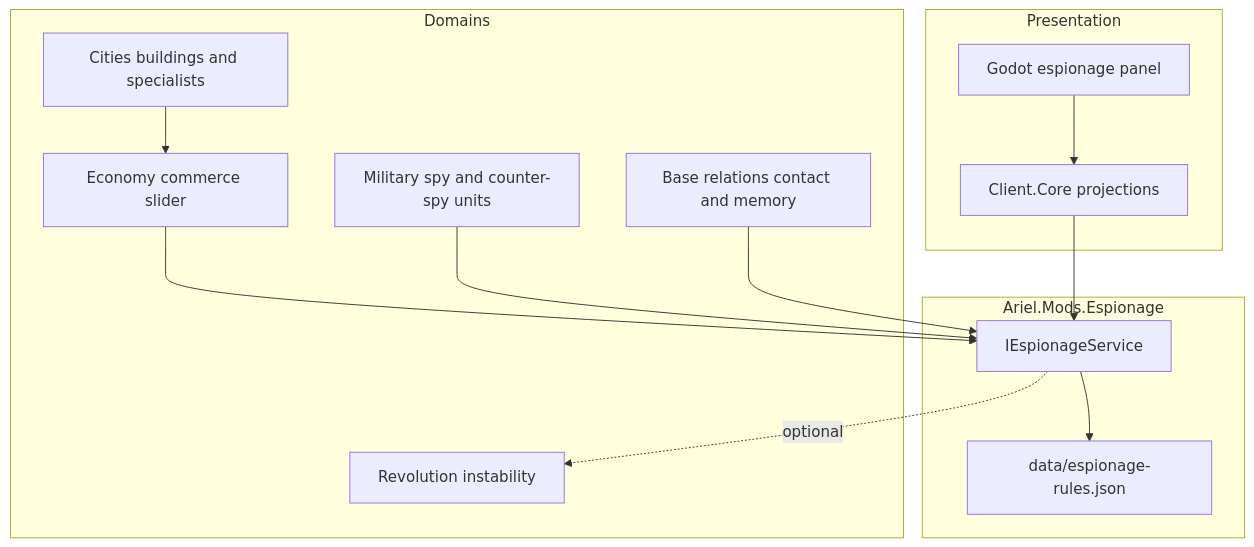
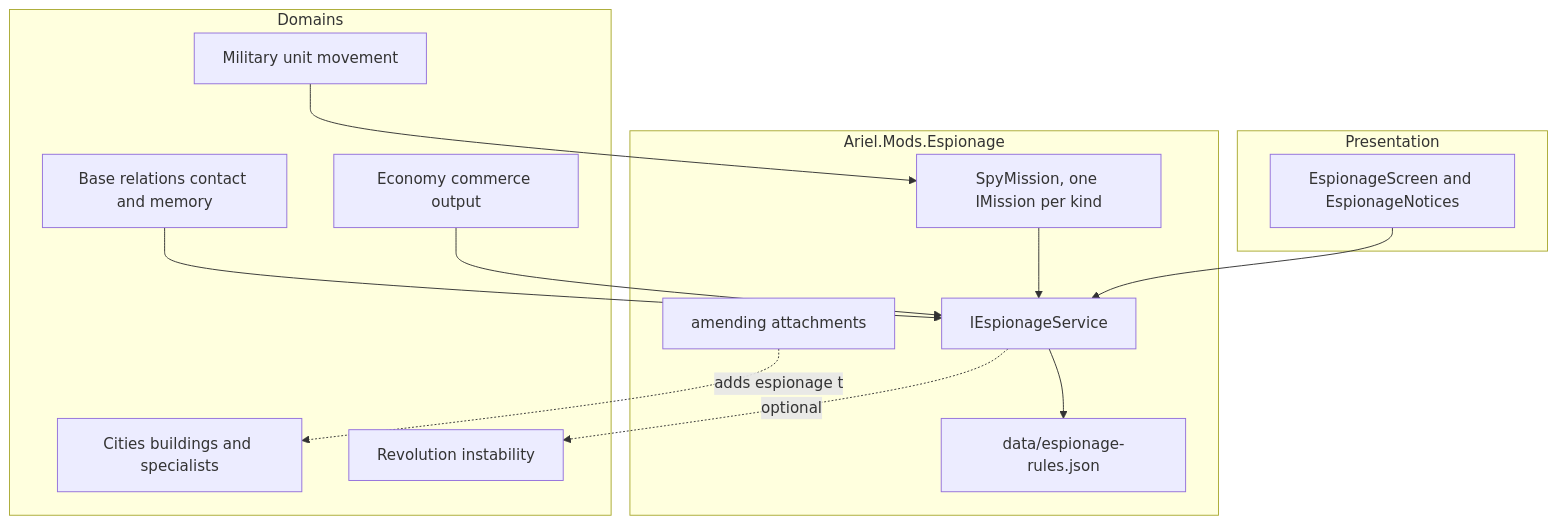
Before and after one commit to draxxris/civ: the diagram in docs/ESPIONAGE.md, drawn with Mermaid. The commit also changed other lines of this file and 25 other files, not shown here.

````diff
--- a/docs/ESPIONAGE.md
+++ b/docs/ESPIONAGE.md
@@ -8,25 +10,27 @@
 ```mermaid
 flowchart TB
     subgraph Presentation
-        UI[Godot espionage panel]
-        Client[Client.Core projections]
+        Screen[EspionageScreen and EspionageNotices]
     end
     subgraph Core["Ariel.Mods.Espionage"]
         Service[IEspionageService]
+        Missions[SpyMission, one IMission per kind]
         Rules[data/espionage-rules.json]
+        Amend[amending attachments]
     end
     subgraph Domains
-        Economy[Economy commerce slider]
+        Economy[Economy commerce output]
         Cities[Cities buildings and specialists]
-        Military[Military spy and counter-spy units]
+        Military[Military unit movement]
         Relations[Base relations contact and memory]
         Revolution[Revolution instability]
     end
-    UI --> Client --> Service
+    Screen --> Service
+    Missions --> Service
     Service --> Rules
     Economy --> Service
-    Cities --> Economy
-    Military --> Service
+    Amend -.adds espionage to.-> Cities
+    Military --> Missions
     Relations --> Service
     Service -.optional.-> Revolution
 ```
````
